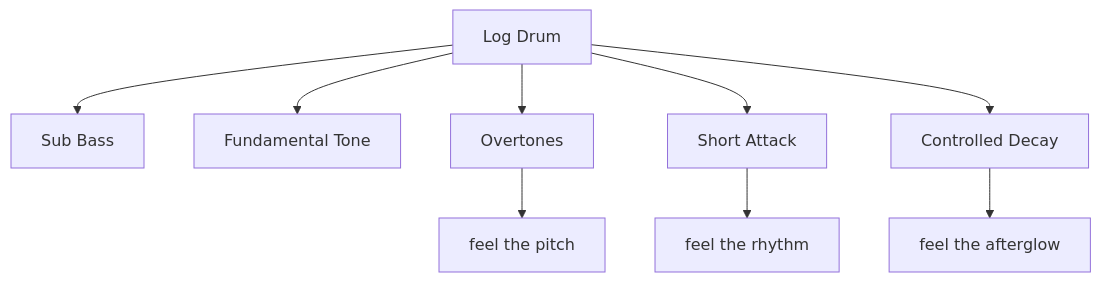
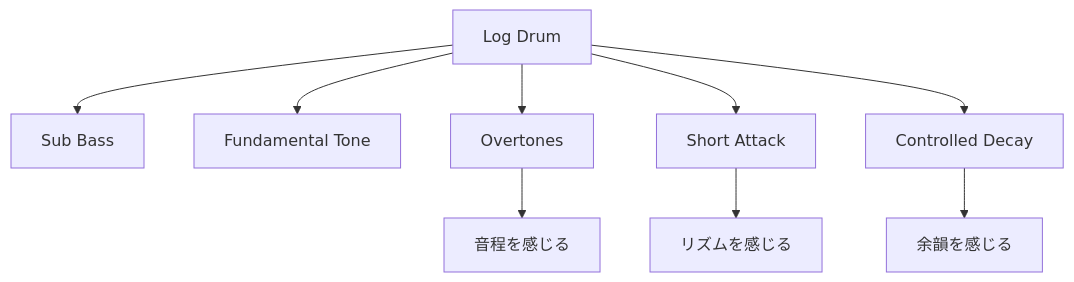
The second of 9 diagrams in en/_posts/2026-07-26-column-why-amapiano-feels-so-deep.md (monumental-movement/monumental-movement.github.io), drawn with Mermaid before and after one commit. The commit also changed other lines of this file and 2196 other files, not shown here.

```diff
--- a/en/_posts/2026-07-26-column-why-amapiano-feels-so-deep.md
+++ b/en/_posts/2026-07-26-column-why-amapiano-feels-so-deep.md
@@ -253,15 +252,15 @@
 <div class="mermaid">
 flowchart TD
 
 A[Log Drum]
 
 A --> B[Sub Bass]
 A --> C[Fundamental Tone]
 A --> D[Overtones]
 A --> E[Short Attack]
 A --> F[Controlled Decay]
 
-D --> G[feel the pitch]
-E --> H[feel the rhythm]
-F --> I[feel the afterglow]
+D --> G[音程を感じる]
+E --> H[リズムを感じる]
+F --> I[余韻を感じる]
 </div>
```
